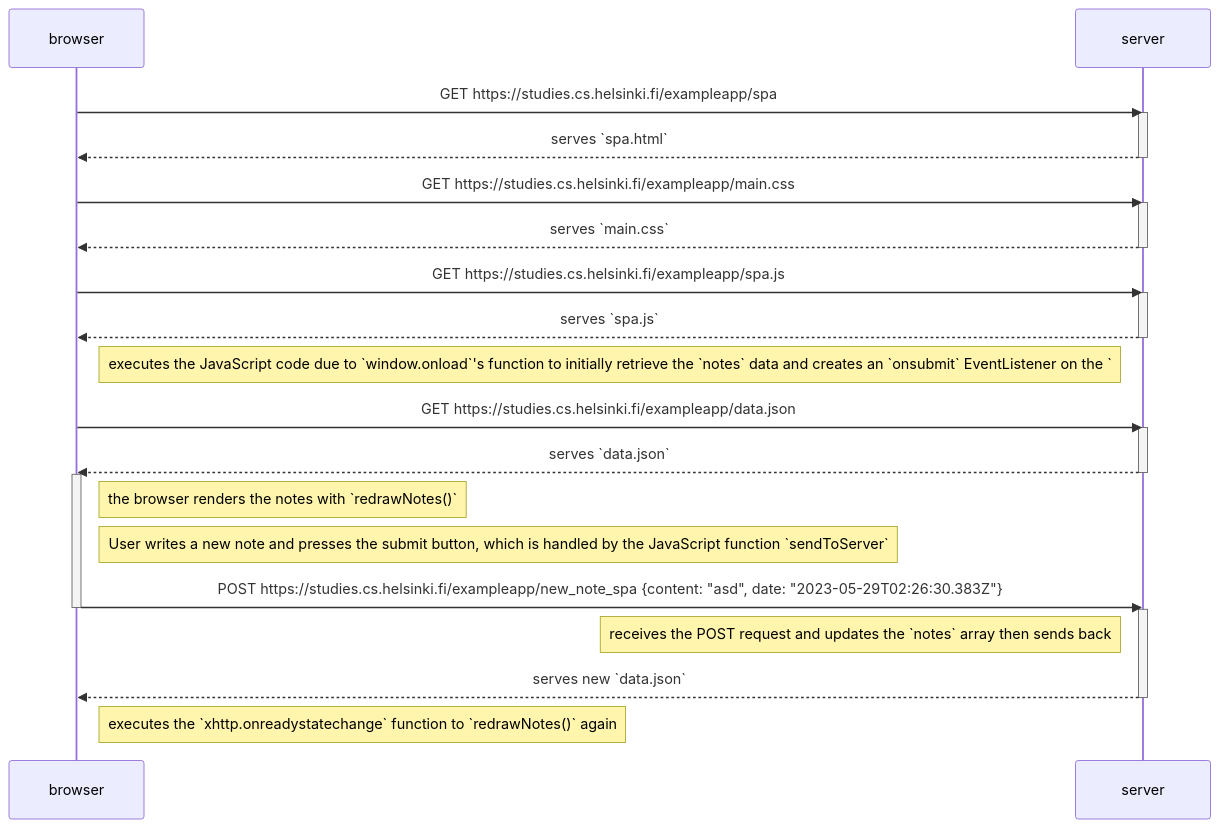
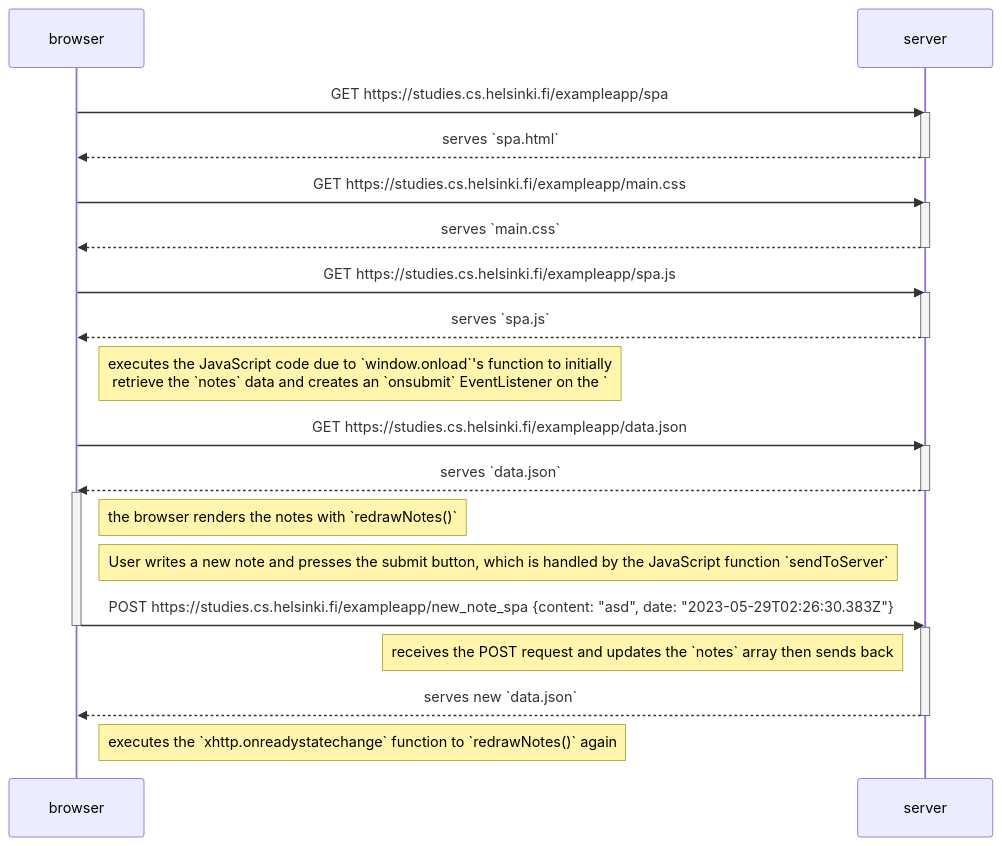
One commit to Luzefiru/full-stack-open-answers changed the diagram in part0/06.md. Above: the diagram before and after it, drawn with Mermaid. The commit also changed 1 other file, not shown here.

Commit message:
nit: add <br/> tags for formatting

````diff
--- a/part0/06.md
+++ b/part0/06.md
@@ -1,44 +1,44 @@
 ```mermaid
 sequenceDiagram
     participant browser
     participant server
 
     browser->>server: GET https://studies.cs.helsinki.fi/exampleapp/spa
 
     activate server
     server-->>browser: serves `spa.html`
     deactivate server
 
     browser->>server: GET https://studies.cs.helsinki.fi/exampleapp/main.css
 
     activate server
     server-->>browser: serves `main.css`
     deactivate server
 
     browser->>server: GET https://studies.cs.helsinki.fi/exampleapp/spa.js
 
     activate server
     server-->>browser: serves `spa.js`
     deactivate server
 
-    Note right of browser: executes the JavaScript code due to `window.onload`'s function to initially retrieve the `notes` data and creates an `onsubmit` EventListener on the `#notes_form` element.
+    Note right of browser: executes the JavaScript code due to `window.onload`'s function to initially<br/> retrieve the `notes` data and creates an `onsubmit` EventListener on the `#notes_form` element.
     browser->>server: GET https://studies.cs.helsinki.fi/exampleapp/data.json
 
     activate server
     server-->>browser: serves `data.json`
     deactivate server
 
     activate browser
     Note right of browser: the browser renders the notes with `redrawNotes()`
 
     Note right of browser: User writes a new note and presses the submit button, which is handled by the JavaScript function `sendToServer`
     browser->>server: POST https://studies.cs.helsinki.fi/exampleapp/new_note_spa {content: "asd", date: "2023-05-29T02:26:30.383Z"}
     deactivate browser
 
     activate server
     Note left of server: receives the POST request and updates the `notes` array then sends back
     server-->>browser: serves new `data.json`
     deactivate server
 
     Note right of browser: executes the `xhttp.onreadystatechange` function to `redrawNotes()` again
 ```
````
